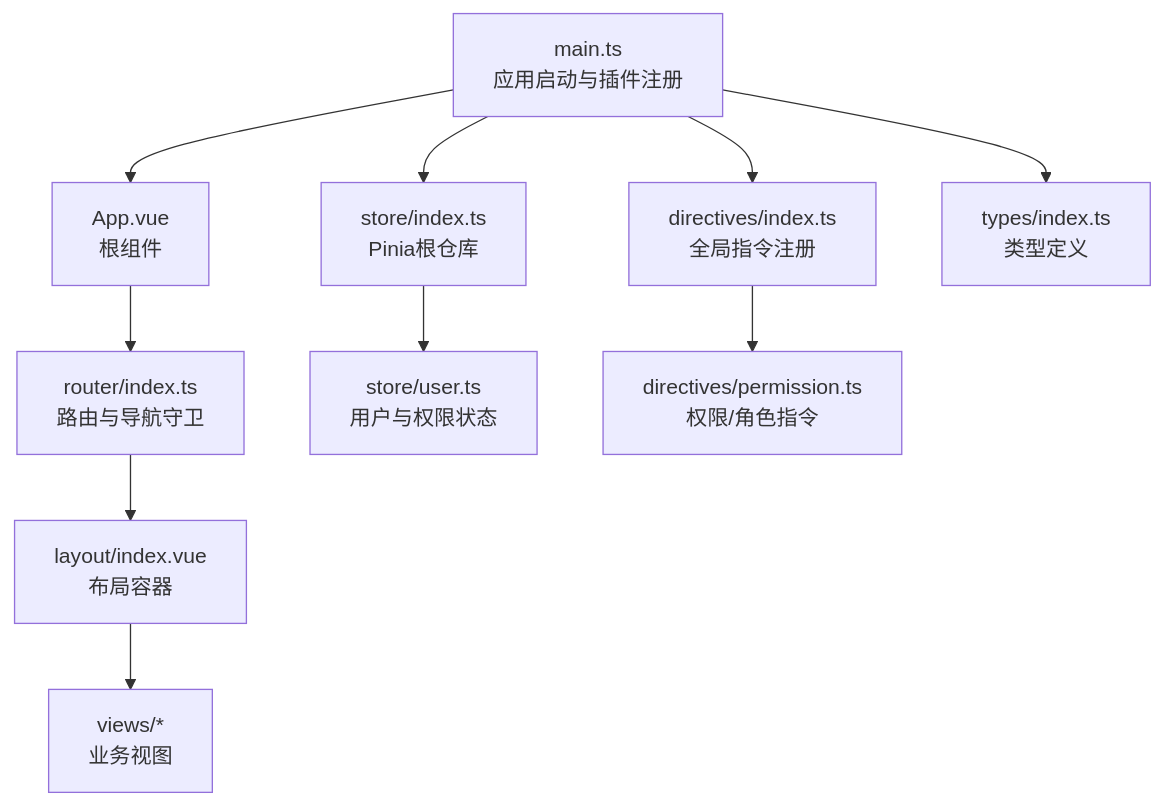
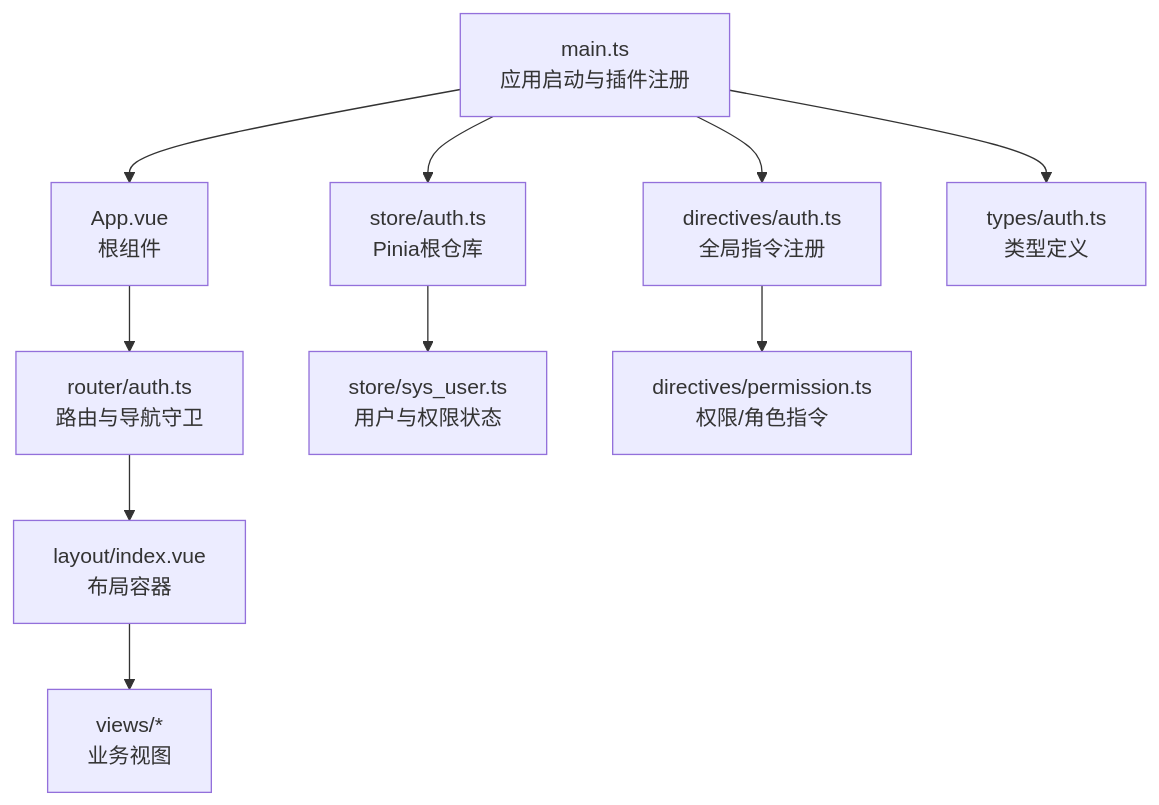
One commit to qiseyun/vue-ts-admin changed the first of 7 diagrams in .qoder/repowiki/zh/content/架构设计/组件交互关系.md. Above: the diagram before and after it, drawn with Mermaid. The commit also changed other lines of this file and 42 other files, not shown here.

````diff
--- a/.qoder/repowiki/zh/content/架构设计/组件交互关系.md
+++ b/.qoder/repowiki/zh/content/架构设计/组件交互关系.md
@@ -40,12 +40,12 @@
 ```mermaid
 graph TB
 A["main.ts<br/>应用启动与插件注册"] --> B["App.vue<br/>根组件"]
-B --> C["router/index.ts<br/>路由与导航守卫"]
+B --> C["router/auth.ts<br/>路由与导航守卫"]
 C --> D["layout/index.vue<br/>布局容器"]
 D --> E["views/*<br/>业务视图"]
-A --> F["store/index.ts<br/>Pinia根仓库"]
-F --> G["store/user.ts<br/>用户与权限状态"]
-A --> H["directives/index.ts<br/>全局指令注册"]
+A --> F["store/auth.ts<br/>Pinia根仓库"]
+F --> G["store/sys_user.ts<br/>用户与权限状态"]
+A --> H["directives/auth.ts<br/>全局指令注册"]
 H --> I["directives/permission.ts<br/>权限/角色指令"]
-A --> J["types/index.ts<br/>类型定义"]
+A --> J["types/auth.ts<br/>类型定义"]
 ```
````
